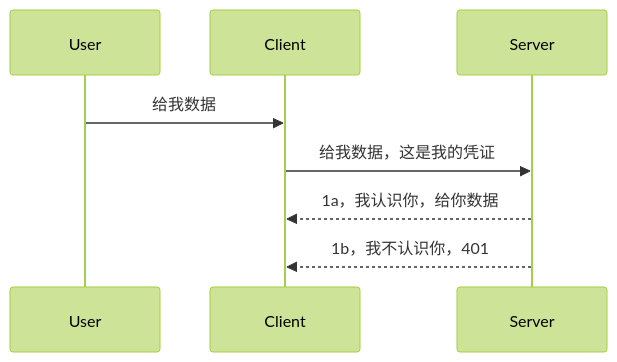
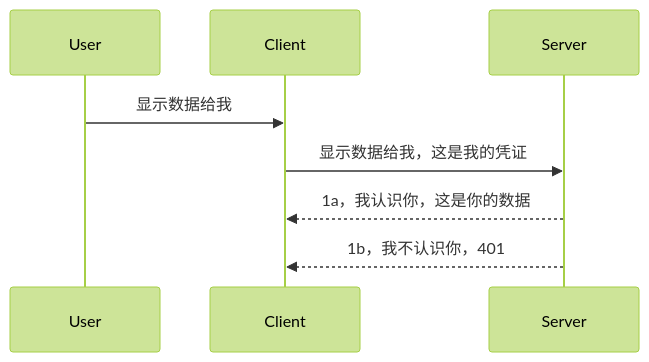
Before and after one commit to HIDORAKAI002/ai-workspace-archive: the diagram in mcp_ecosystem__model_context_protocol/mcp_learning_resources/mcp-for-beginners/translations/zh-CN/03-GettingStarted/11-simple-auth/README.md, drawn with Mermaid (forest theme). The commit also changed other lines of this file and 1160 other files, not shown here.

````diff
--- a/mcp_ecosystem__model_context_protocol/mcp_learning_resources/mcp-for-beginners/translations/zh-CN/03-GettingStarted/11-simple-auth/README.md
+++ b/mcp_ecosystem__model_context_protocol/mcp_learning_resources/mcp-for-beginners/translations/zh-CN/03-GettingStarted/11-simple-auth/README.md
@@ -24,11 +24,11 @@
 ```mermaid
 sequenceDiagram
    participant User
    participant Client
    participant Server
 
-   User->>Client: 给我数据
-   Client->>Server: 给我数据，这是我的凭证
-   Server-->>Client: 1a，我认识你，给你数据
+   User->>Client: 显示数据给我
+   Client->>Server: 显示数据给我，这是我的凭证
+   Server-->>Client: 1a，我认识你，这是你的数据
    Server-->>Client: 1b，我不认识你，401 
 ```
````
